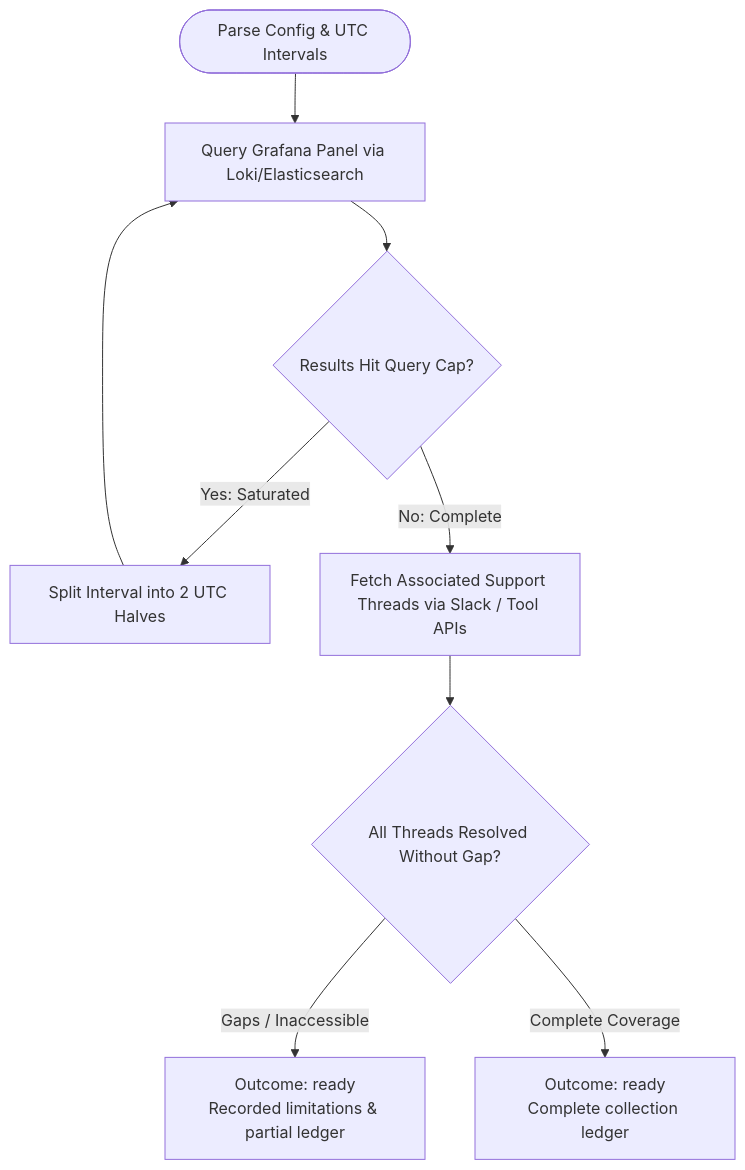
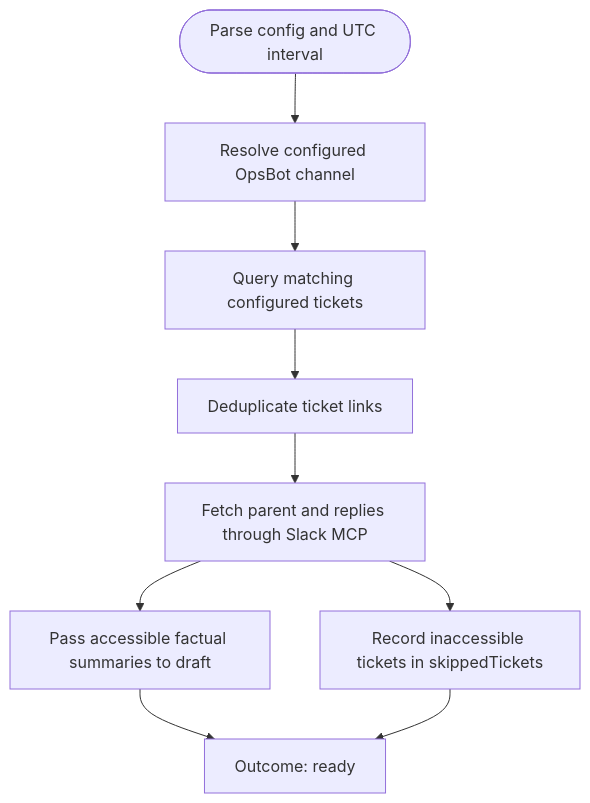
The diagram in .pi/agent/workflows/steps/sprint-triage/collect.md (wichayutdew/dotfiles), drawn with Mermaid before and after one commit. The commit also changed other lines of this file and 5 other files, not shown here.

````diff
--- a/.pi/agent/workflows/steps/sprint-triage/collect.md
+++ b/.pi/agent/workflows/steps/sprint-triage/collect.md
@@ -10,14 +10,11 @@
 ```mermaid
 flowchart TD
-    Start([Parse Config & UTC Intervals]) --> QueryGrafana[Query Grafana Panel via Loki/Elasticsearch]
-    
-    QueryGrafana --> CheckCap{Results Hit Query Cap?}
-    CheckCap -->|Yes: Saturated| SplitInterval[Split Interval into 2 UTC Halves]
-    SplitInterval --> QueryGrafana
-    
-    CheckCap -->|No: Complete| FetchThreads[Fetch Associated Support Threads via Slack / Tool APIs]
-    FetchThreads --> CheckCoverage{All Threads Resolved Without Gap?}
-    
-    CheckCoverage -->|Gaps / Inaccessible| ReadyLimited[Outcome: ready\nRecorded limitations & partial ledger]
-    CheckCoverage -->|Complete Coverage| ReadyFull[Outcome: ready\nComplete collection ledger]
+    Start([Parse config and UTC interval]) --> ResolveChannel[Resolve configured OpsBot channel]
+    ResolveChannel --> QueryTickets[Query matching configured tickets]
+    QueryTickets --> Deduplicate[Deduplicate ticket links]
+    Deduplicate --> FetchThreads[Fetch parent and replies through Slack MCP]
+    FetchThreads --> Summarize[Pass accessible factual summaries to draft]
+    FetchThreads --> Skip[Record inaccessible tickets in skippedTickets]
+    Summarize --> Ready[Outcome: ready]
+    Skip --> Ready
 ```
````
